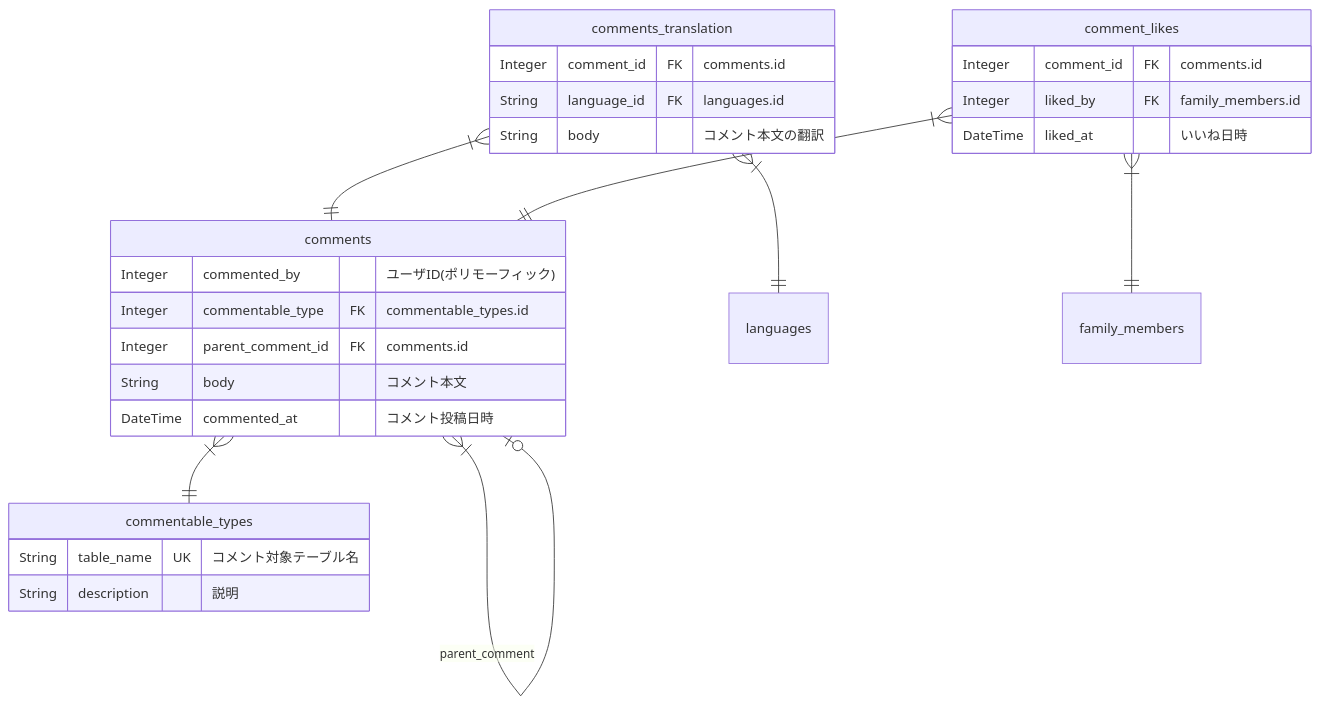
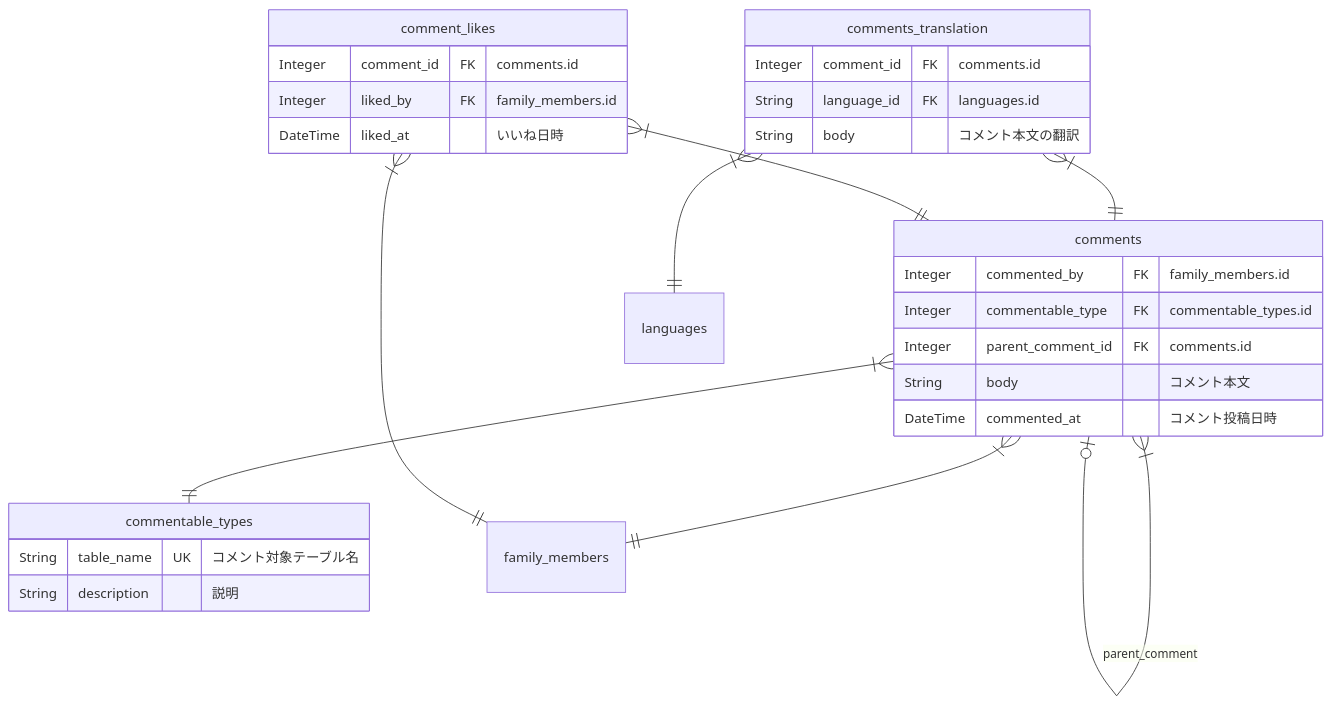
Before and after one commit to shuhei1101/allowance-questboard: diagram 15 of 17 in apps/api/docs/ja/uml/erd.md, drawn with Mermaid. The commit also changed other lines of this file, not shown here.

Commit message:
Update ERD for notifications, child_statuses, quests, children, and comments entities

````diff
--- a/apps/api/docs/ja/uml/erd.md
+++ b/apps/api/docs/ja/uml/erd.md
@@ -580,36 +579,37 @@
 ```mermaid
 %% comment
 erDiagram
     comments {
-        Integer commented_by "ユーザID(ポリモーフィック)"
+        Integer commented_by FK "family_members.id"
         Integer commentable_type FK "commentable_types.id"
         Integer parent_comment_id FK "comments.id"
         String body "コメント本文"
         DateTime commented_at "コメント投稿日時"
     }
 
     comments_translation {
         Integer comment_id FK "comments.id"
         String language_id FK "languages.id"
         String body "コメント本文の翻訳"
     }
 
     commentable_types {
         String table_name UK "コメント対象テーブル名"
         String description "説明"
     }
 
     comment_likes {
         Integer comment_id FK "comments.id"
         Integer liked_by FK "family_members.id"
         DateTime liked_at "いいね日時"
     }
 
     %% Relationships
     comments }|--|| commentable_types: ""
+    comments }|--|| family_members: ""
     comments }|--o| comments: "parent_comment"
     comments_translation }|--|| comments: ""
     comments_translation }|--|| languages: ""
     comment_likes }|--|| comments: ""
     comment_likes }|--|| family_members: ""
 ```
````
